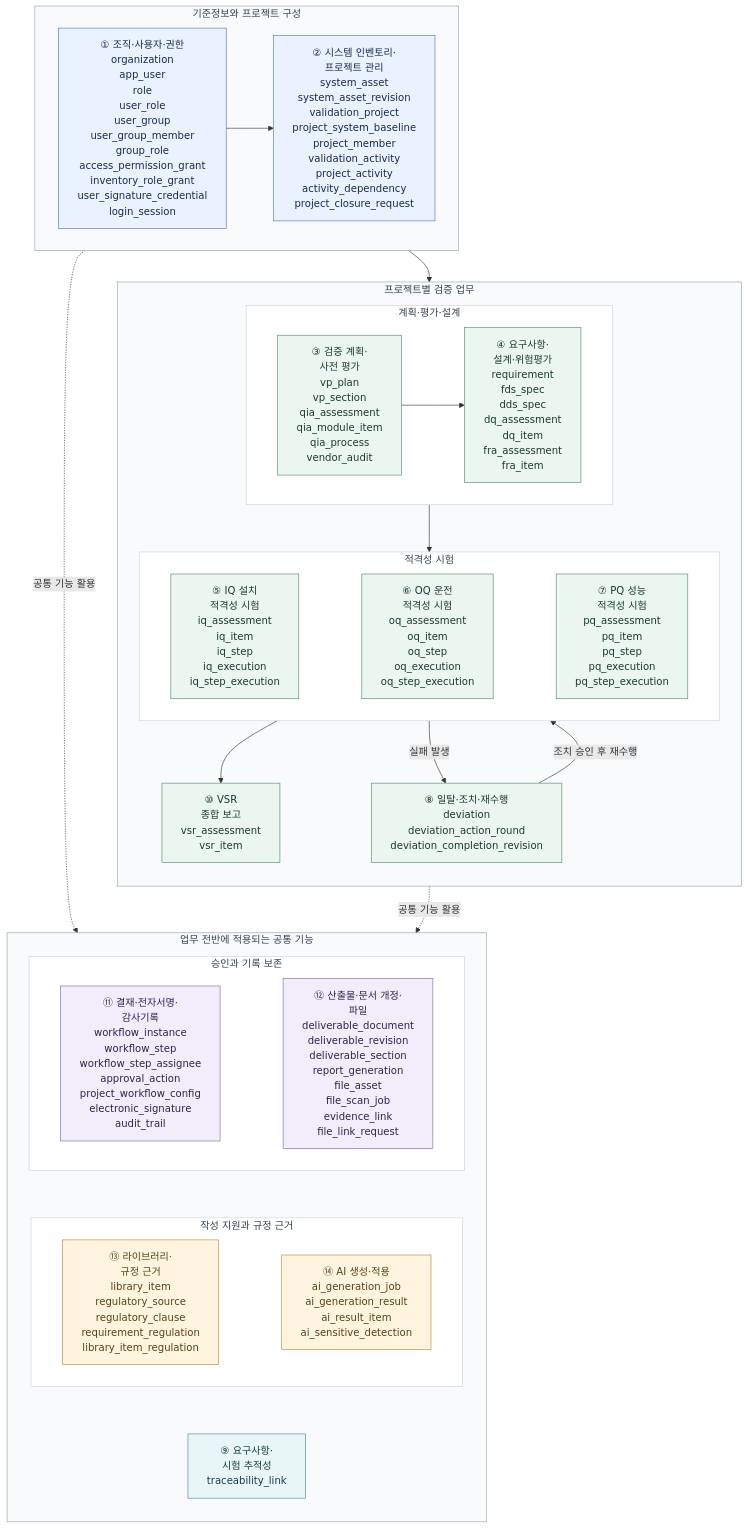
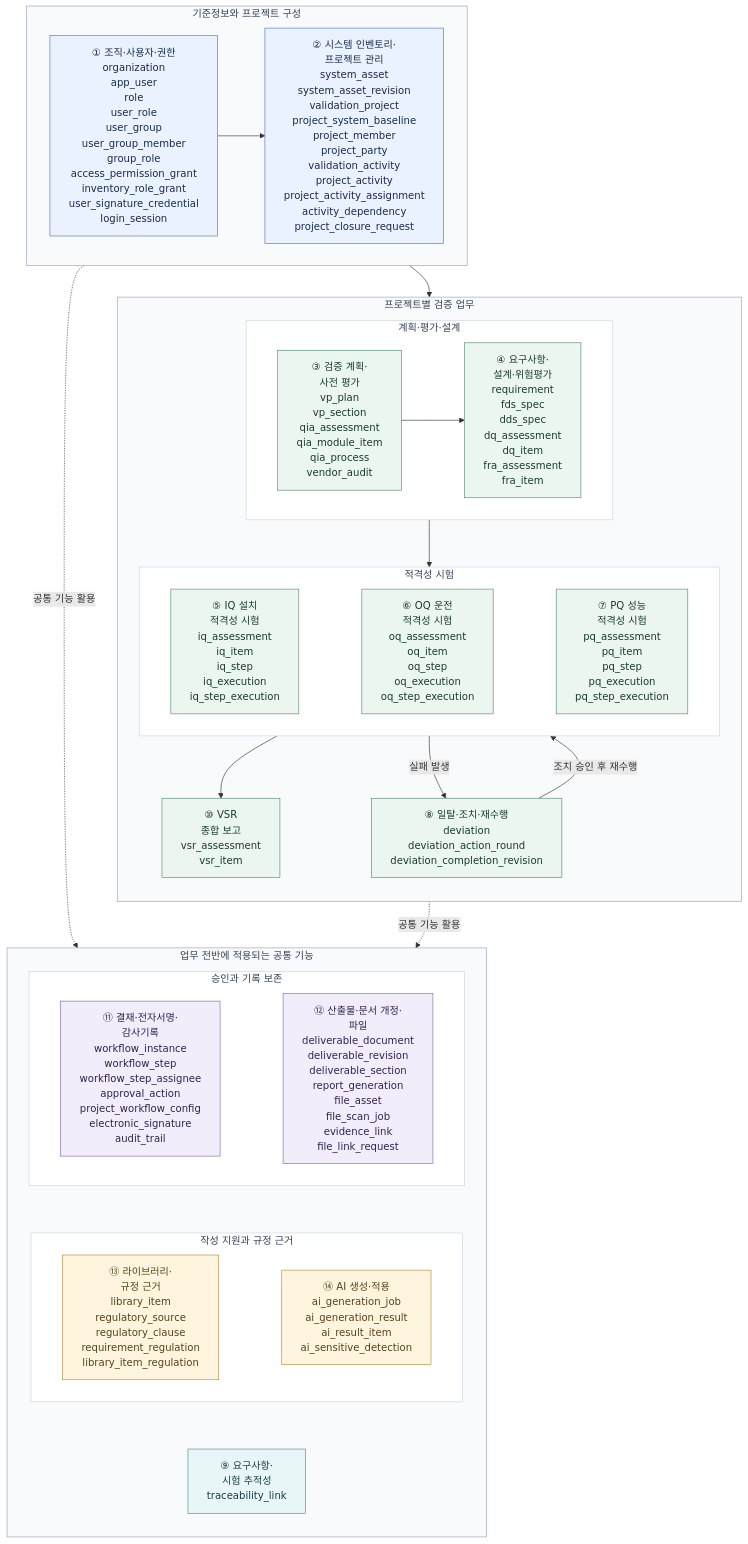
One commit to kmh52826-collab/Korean-Enterprise-Knowledge-Base-Design changed the diagram in docs/erd-overview.md. Above: the diagram before and after it, drawn with Mermaid. The commit also changed other lines of this file, not shown here.

```diff
--- a/docs/erd-overview.md
+++ b/docs/erd-overview.md
@@ -30,8 +30,10 @@
 validation_project
 project_system_baseline
 project_member
+project_party
 validation_activity
 project_activity
+project_activity_assignment
 activity_dependency
 project_closure_request"]
         SECURITY --> PROJECT
```
